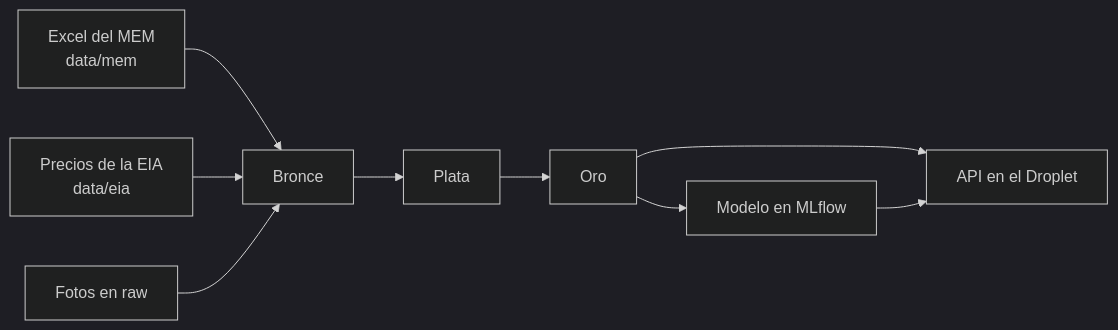
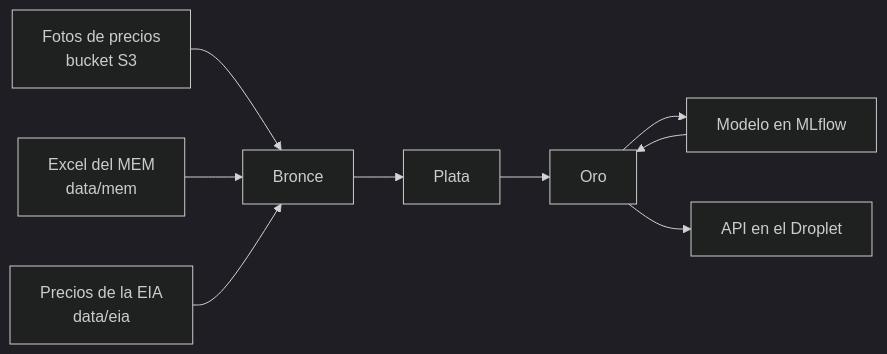
The diagram in README.md (chuy-zip/MLOPS_GAS_PRICES_PROJECT), drawn with Mermaid (dark theme) before and after one commit. The commit also changed other lines of this file and 29 other files, not shown here.

````diff
--- a/README.md
+++ b/README.md
@@ -14,9 +14,10 @@
 ```mermaid
 flowchart LR
-    MEM["Excel del MEM<br/>data/mem"] --> B["Bronce"]
+    FOTOS["Fotos de precios<br/>bucket S3"] --> B["Bronce"]
+    MEM["Excel del MEM<br/>data/mem"] --> B
     EIA["Precios de la EIA<br/>data/eia"] --> B
-    FOTOS["Fotos en raw"] --> B
-    B --> P["Plata"] --> O["Oro"] --> M["Modelo en MLflow"]
+    B --> P["Plata"] --> O["Oro"]
+    O --> M["Modelo en MLflow"]
+    M --> O
     O --> API["API en el Droplet"]
-    M --> API
 ```
````
